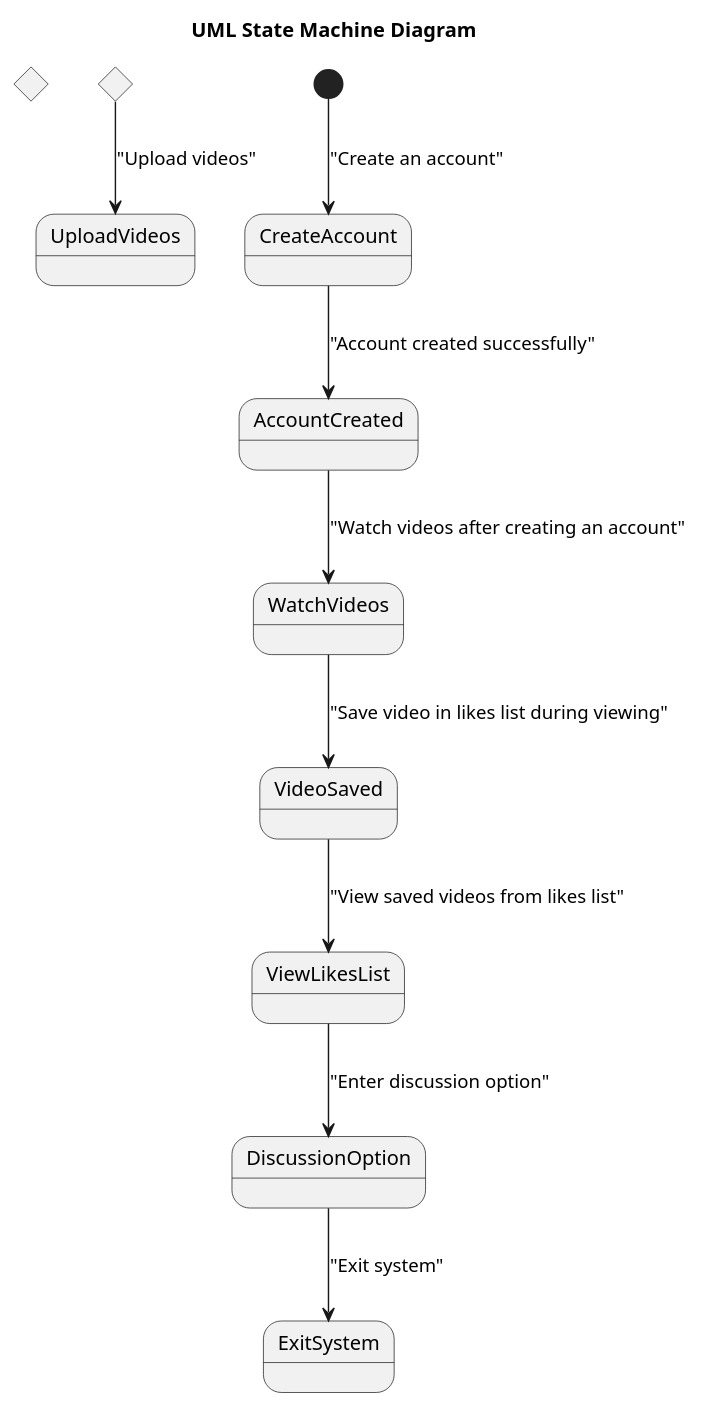
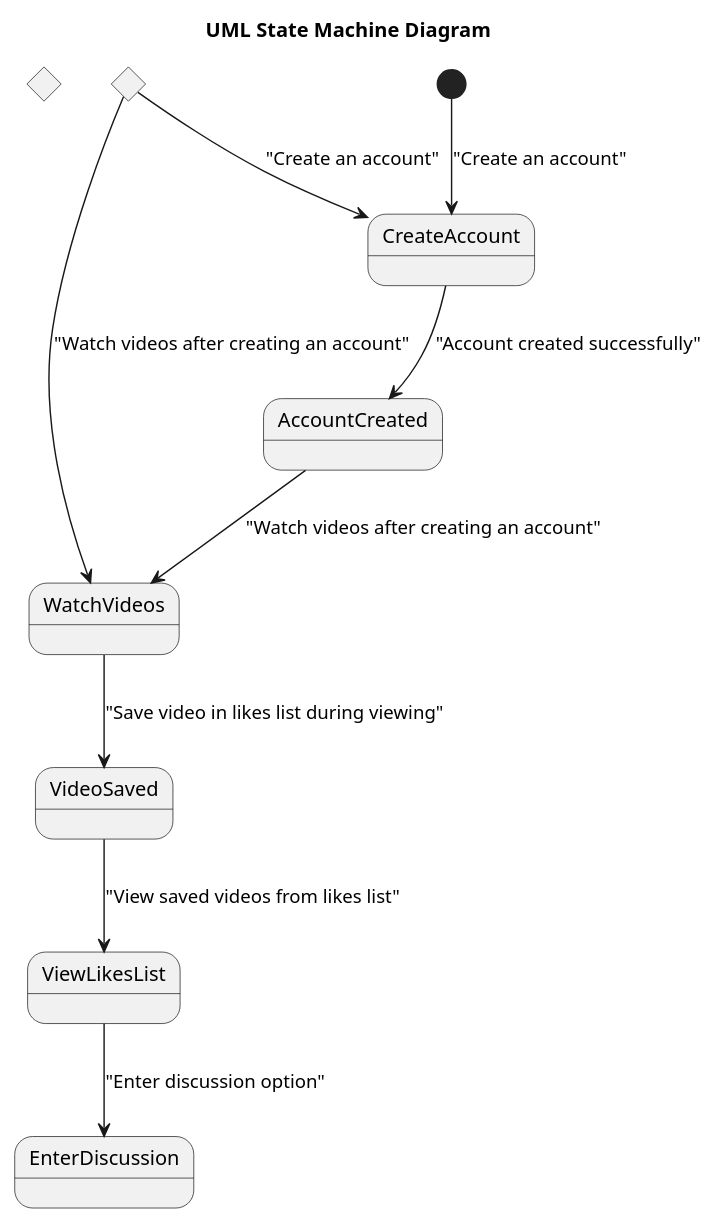
Before and after one commit to maimunafaria/State_transition_Diagram_generated_by_LLM: the diagram in results/plantuml_pipeline_run2/runs/open_source__qwen25_7b_instruct__rag/case_28_ott_based_system_mini_reel/run_01.puml, drawn with PlantUML. The commit also changed 163 other files, not shown here.

```diff
--- a/results/plantuml_pipeline_run2/runs/open_source__qwen25_7b_instruct__rag/case_28_ott_based_system_mini_reel/run_01.puml
+++ b/results/plantuml_pipeline_run2/runs/open_source__qwen25_7b_instruct__rag/case_28_ott_based_system_mini_reel/run_01.puml
@@ -1,18 +1,17 @@
 @startuml
 title UML State Machine Diagram
 
 state StartChoice <<choice>>
 state UserChoice <<choice>>
 
 [*] --> CreateAccount : "Create an account"
 CreateAccount --> AccountCreated : "Account created successfully"
 
 AccountCreated --> WatchVideos : "Watch videos after creating an account"
 WatchVideos --> VideoSaved : "Save video in likes list during viewing"
 VideoSaved --> ViewLikesList : "View saved videos from likes list"
-ViewLikesList --> DiscussionOption : "Enter discussion option"
+ViewLikesList --> EnterDiscussion : "Enter discussion option"
 
-UserChoice --> UploadVideos : "Upload videos"
-DiscussionOption --> ExitSystem : "Exit system"
-
+UserChoice --> CreateAccount : "Create an account"
+UserChoice --> WatchVideos : "Watch videos after creating an account"
 @enduml
```
